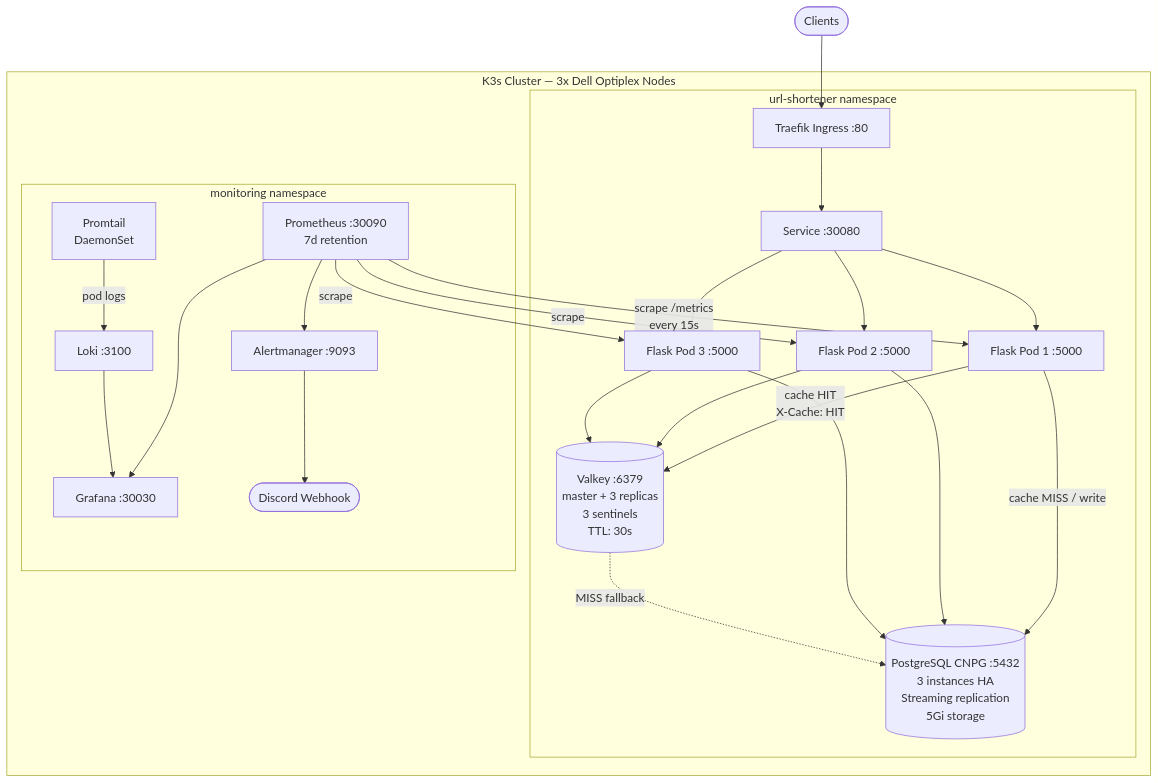
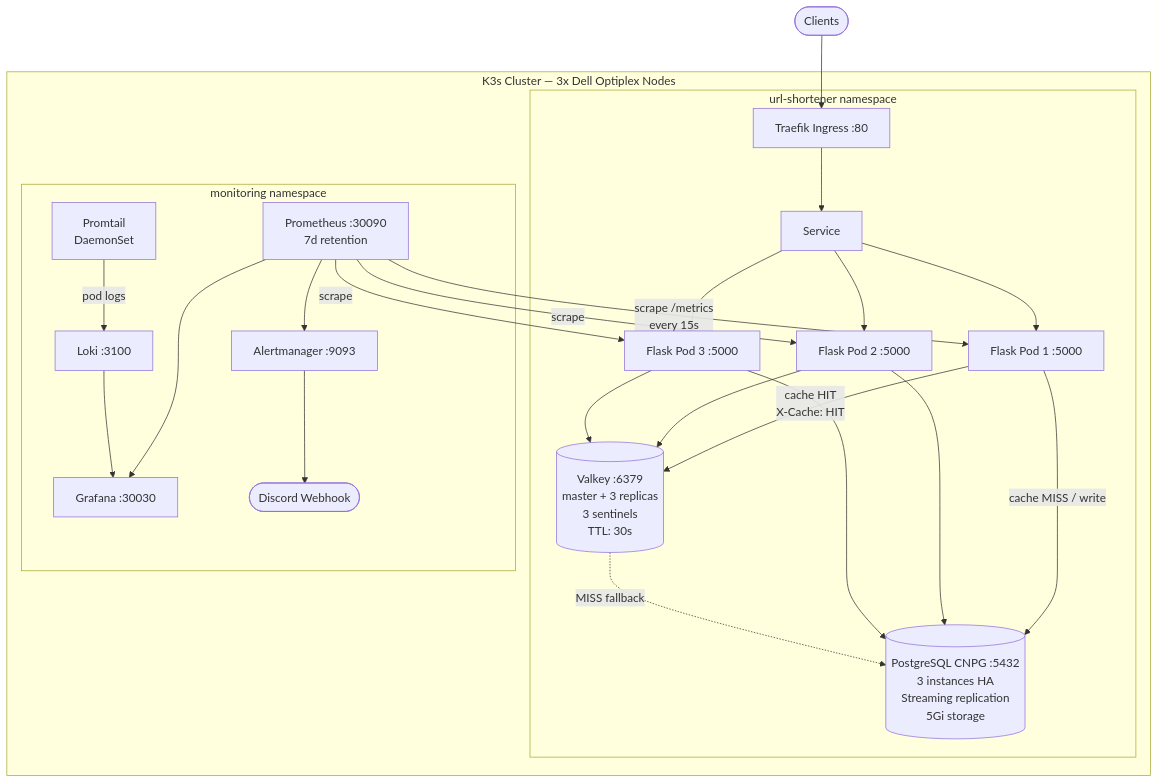
One commit to PipeLieDev/pe-hackathon changed the first of 6 diagrams in docs/ARCHITECTURE.md. Above: the diagram before and after it, drawn with Mermaid. The commit also changed other lines of this file, not shown here.

Commit message:
Update to mermaid

````diff
--- a/docs/ARCHITECTURE.md
+++ b/docs/ARCHITECTURE.md
@@ -9,51 +9,51 @@
 ```mermaid
 graph TB
     clients([Clients])
 
     subgraph cluster["K3s Cluster — 3x Dell Optiplex Nodes"]
 
         subgraph ns-app["url-shortener namespace"]
             ingress["Traefik Ingress :80"]
-            svc["Service :30080"]
+            svc["Service"]
             app1["Flask Pod 1 :5000"]
             app2["Flask Pod 2 :5000"]
             app3["Flask Pod 3 :5000"]
-            valkey[("Valkey :6379\nmaster + 3 replicas\n3 sentinels\nTTL: 30s")]
-            pg[("PostgreSQL CNPG :5432\n3 instances HA\nStreaming replication\n5Gi storage")]
+            valkey[("Valkey :6379<br/>master + 3 replicas<br/>3 sentinels<br/>TTL: 30s")]
+            pg[("PostgreSQL CNPG :5432<br/>3 instances HA<br/>Streaming replication<br/>5Gi storage")]
         end
 
         subgraph ns-mon["monitoring namespace"]
-            prometheus["Prometheus :30090\n7d retention"]
+            prometheus["Prometheus :30090<br/>7d retention"]
             grafana["Grafana :30030"]
             loki["Loki :3100"]
-            promtail["Promtail\nDaemonSet"]
+            promtail["Promtail<br/>DaemonSet"]
             alertmanager["Alertmanager :9093"]
             discord([Discord Webhook])
         end
 
     end
 
     clients --> ingress
     ingress --> svc
     svc --> app1
     svc --> app2
     svc --> app3
 
-    app1 -- "cache HIT\nX-Cache: HIT" --> valkey
+    app1 -- "cache HIT<br/>X-Cache: HIT" --> valkey
     app1 -- "cache MISS / write" --> pg
     app2 --> valkey
     app2 --> pg
     app3 --> valkey
     app3 --> pg
     valkey -. "MISS fallback" .-> pg
 
-    prometheus -- "scrape /metrics\nevery 15s" --> app1
+    prometheus -- "scrape /metrics<br/>every 15s" --> app1
     prometheus -- "scrape" --> app2
     prometheus -- "scrape" --> app3
     prometheus --> grafana
     prometheus --> alertmanager
     alertmanager --> discord
 
     promtail -- "pod logs" --> loki
     loki --> grafana
 ```
````
